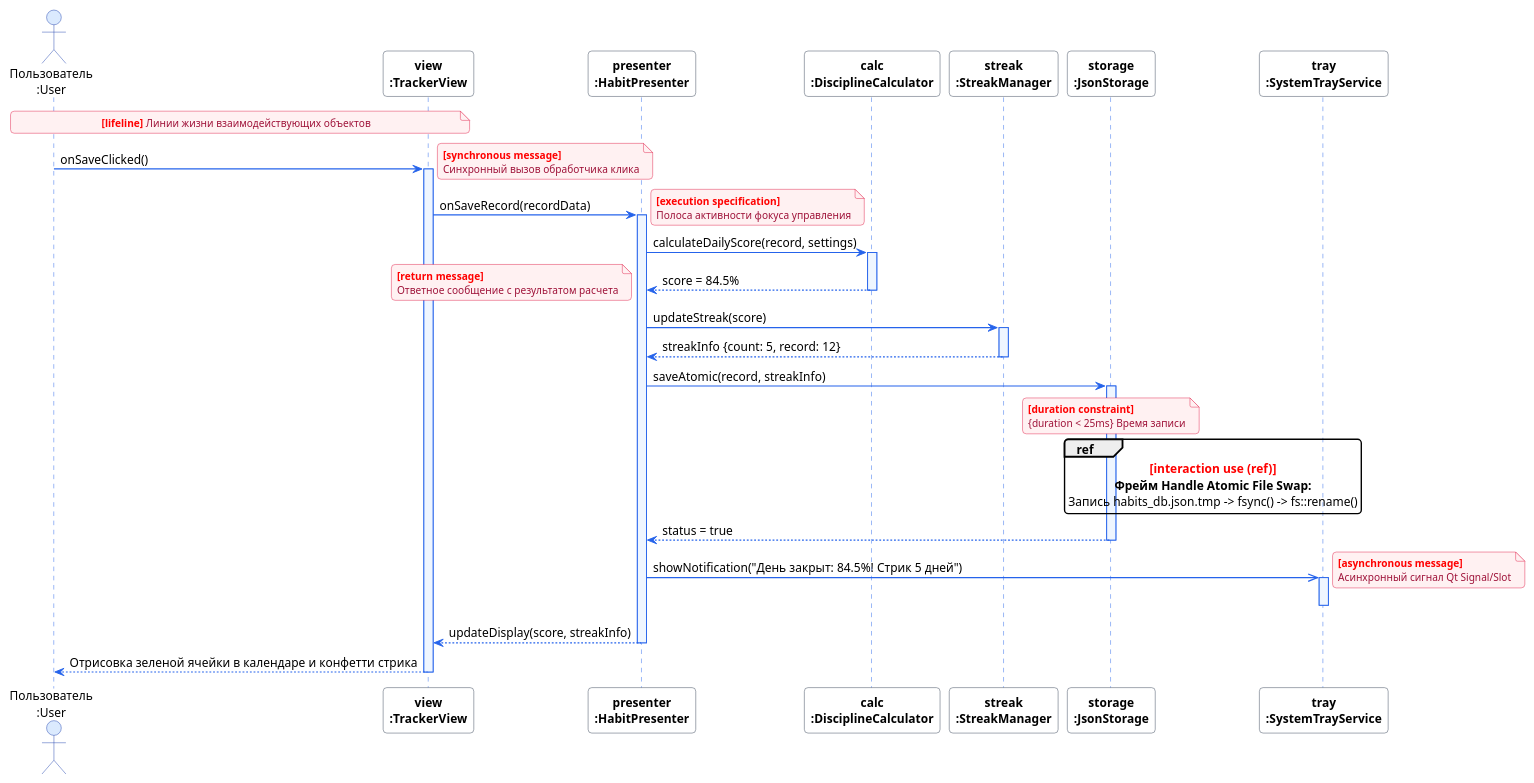
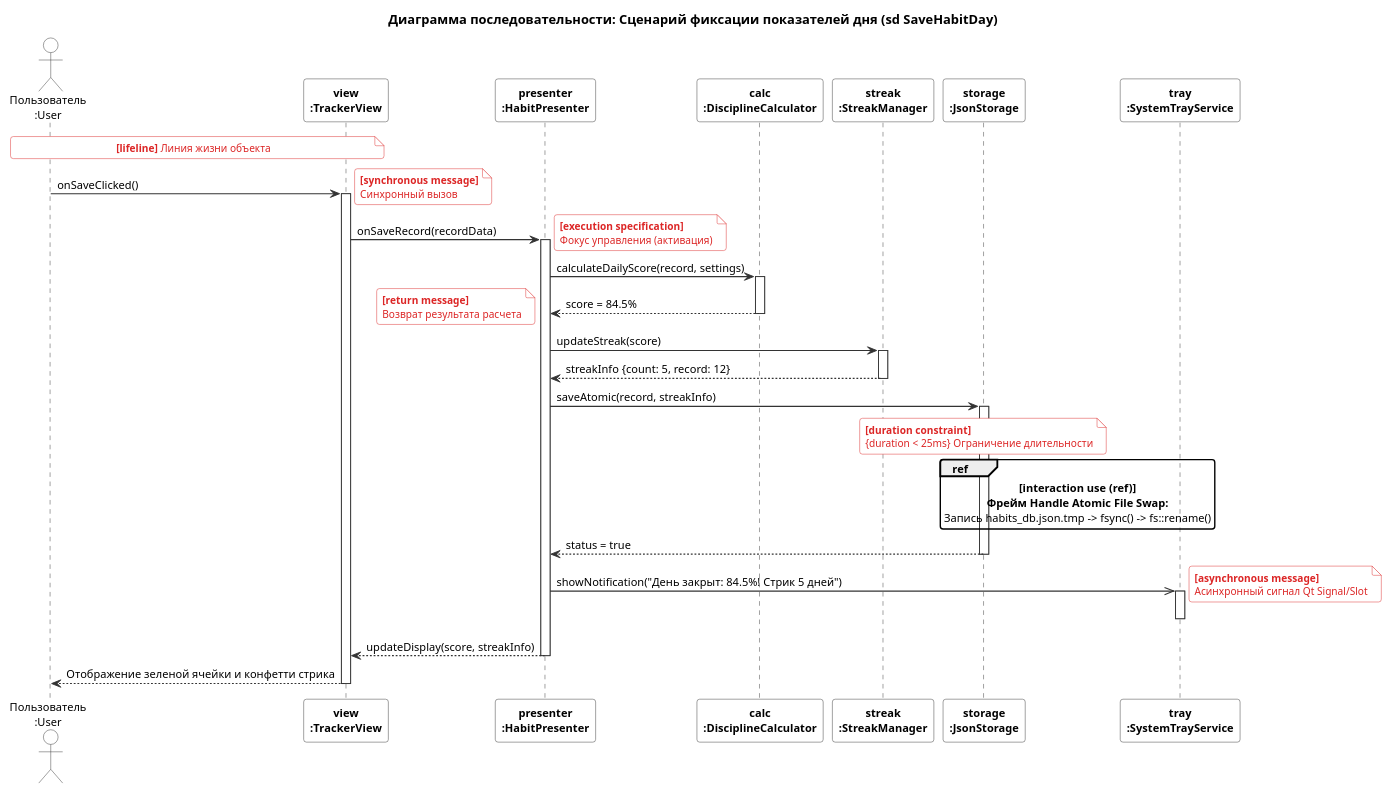
One commit to romano22854566-dotcom/SDLC changed the diagram in uml/sequence.puml. Above: the diagram before and after it, drawn with PlantUML. The commit also changed 8 other files, not shown here.

Commit message:
fix(uml): classic UML diagrams matching lecture examples and interactive console demo

```diff
--- a/uml/sequence.puml
+++ b/uml/sequence.puml
@@ -1,82 +1,84 @@
 @startuml
 skinparam defaultFontName "Segoe UI"
-skinparam defaultFontSize 13
-skinparam roundcorner 8
+skinparam defaultFontSize 12
+skinparam roundcorner 6
 skinparam shadowing false
 
 skinparam sequence {
-    ArrowColor #2563EB
-    ArrowThickness 1.3
-    ActorBorderColor #1E40AF
-    ActorBackgroundColor #DBEAFE
-    LifeLineBorderColor #2563EB
-    LifeLineBackgroundColor #EFF6FF
-    ParticipantBorderColor #334155
-    ParticipantBackgroundColor #FFFFFF
-    ParticipantFontSize 13
+    ArrowColor #333333
+    ArrowThickness 1.2
+    ActorBorderColor #333333
+    ActorBackgroundColor white
+    LifeLineBorderColor #333333
+    LifeLineBackgroundColor white
+    ParticipantBorderColor #333333
+    ParticipantBackgroundColor white
+    ParticipantFontSize 12
     ParticipantFontStyle bold
 }
 
 skinparam note {
-    BackgroundColor #FFF1F2
-    BorderColor #E11D48
-    FontColor #9F1239
+    BackgroundColor white
+    BorderColor #DC2626
+    FontColor #DC2626
     FontSize 11
 }
+
+title Диаграмма последовательности: Сценарий фиксации показателей дня (sd SaveHabitDay)
 
 actor "Пользователь\n:User" as User
 participant "view\n:TrackerView" as View
 participant "presenter\n:HabitPresenter" as Presenter
 participant "calc\n:DisciplineCalculator" as Calc
 participant "streak\n:StreakManager" as Streak
 participant "storage\n:JsonStorage" as Storage
 participant "tray\n:SystemTrayService" as Tray
 
-note over User, View #FFF1F2
-  <color:red><b>[lifeline]</b></color> Линии жизни взаимодействующих объектов
+note over User, View
+  <b>[lifeline]</b> Линия жизни объекта
 end note
 
 User -> View : onSaveClicked()
 activate View
-note right #FFF1F2 : <color:red><b>[synchronous message]</b></color>\nСинхронный вызов обработчика клика
+note right : <b>[synchronous message]</b>\nСинхронный вызов
 
 View -> Presenter : onSaveRecord(recordData)
 activate Presenter
-note right #FFF1F2 : <color:red><b>[execution specification]</b></color>\nПолоса активности фокуса управления
+note right : <b>[execution specification]</b>\nФокус управления (активация)
 
 Presenter -> Calc : calculateDailyScore(record, settings)
 activate Calc
 Calc --> Presenter : score = 84.5%
-note left #FFF1F2 : <color:red><b>[return message]</b></color>\nОтветное сообщение с результатом расчета
+note left : <b>[return message]</b>\nВозврат результата расчета
 deactivate Calc
 
 Presenter -> Streak : updateStreak(score)
 activate Streak
 Streak --> Presenter : streakInfo {count: 5, record: 12}
 deactivate Streak
 
 Presenter -> Storage : saveAtomic(record, streakInfo)
 activate Storage
 
-note over Storage #FFF1F2 : <color:red><b>[duration constraint]</b></color>\n{duration < 25ms} Время записи
+note over Storage : <b>[duration constraint]</b>\n{duration < 25ms} Ограничение длительности
 
 ref over Storage
-  <color:red><b>[interaction use (ref)]</b></color>
+  <b>[interaction use (ref)]</b>
   <b>Фрейм Handle Atomic File Swap:</b>
   Запись habits_db.json.tmp -> fsync() -> fs::rename()
 end ref
 
 Storage --> Presenter : status = true
 deactivate Storage
 
 Presenter ->> Tray : showNotification("День закрыт: 84.5%! Стрик 5 дней")
 activate Tray
-note right #FFF1F2 : <color:red><b>[asynchronous message]</b></color>\nАсинхронный сигнал Qt Signal/Slot
+note right : <b>[asynchronous message]</b>\nАсинхронный сигнал Qt Signal/Slot
 deactivate Tray
 
 Presenter --> View : updateDisplay(score, streakInfo)
 deactivate Presenter
 
-View --> User : Отрисовка зеленой ячейки в календаре и конфетти стрика
+View --> User : Отображение зеленой ячейки и конфетти стрика
 deactivate View
 @enduml
```
